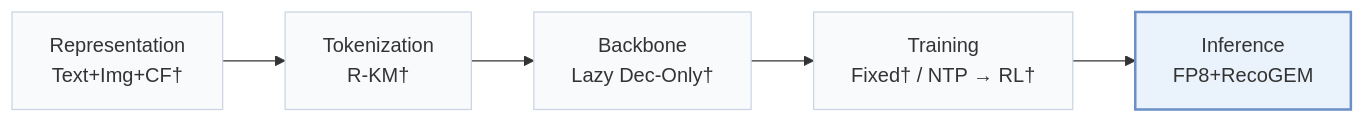
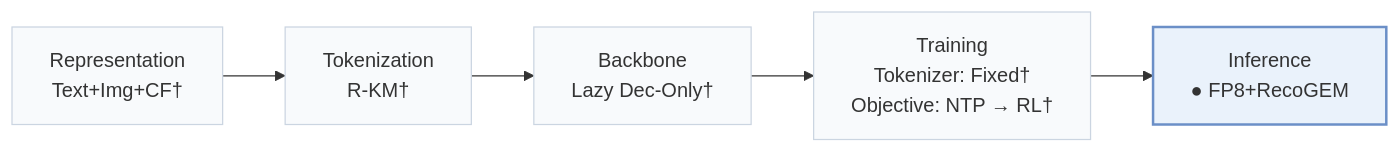
Before and after one commit to Galaxy-ghost/Awesome-SID-Generative-Rec: the first of 2 diagrams in pages/papers/onerec-v2-quantized.md, drawn with Mermaid. The commit also changed other lines of this file and 558 other files, not shown here.

````diff
--- a/pages/papers/onerec-v2-quantized.md
+++ b/pages/papers/onerec-v2-quantized.md
@@ -15,8 +18,8 @@
 ```mermaid
 flowchart LR
-    R["Representation<br/>Text+Img+CF†"] --> T["Tokenization<br/>R-KM†"] --> B["Backbone<br/>Lazy Dec-Only†"] --> TR["Training<br/>Fixed† / NTP → RL†"] --> I["Inference<br/>FP8+RecoGEM"]
+    R["Representation<br/>Text+Img+CF†"] --> T["Tokenization<br/>R-KM†"] --> B["Backbone<br/>Lazy Dec-Only†"] --> TR["Training<br/>Tokenizer: Fixed†<br/>Objective: NTP → RL†"] --> I["Inference<br/>● FP8+RecoGEM"]
     classDef base fill:#f8fafc,stroke:#cbd5e1
     class R,T,B,TR,I base
     classDef main fill:#eaf2fb,stroke:#6b8fc7,stroke-width:2px
     class I main
 ```
````
